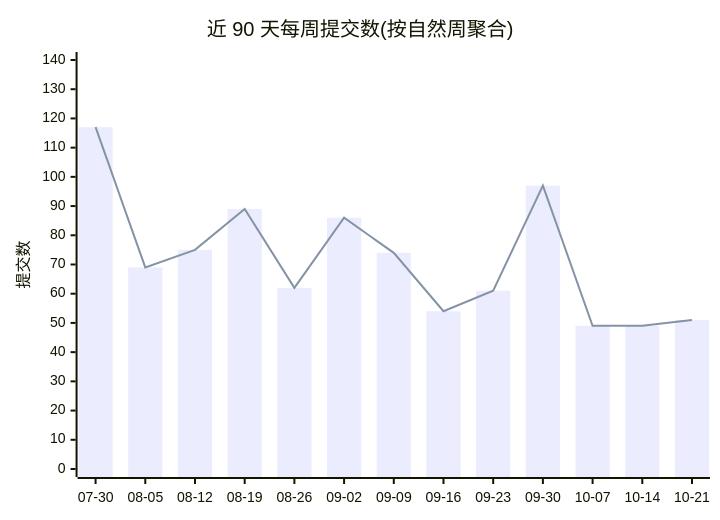
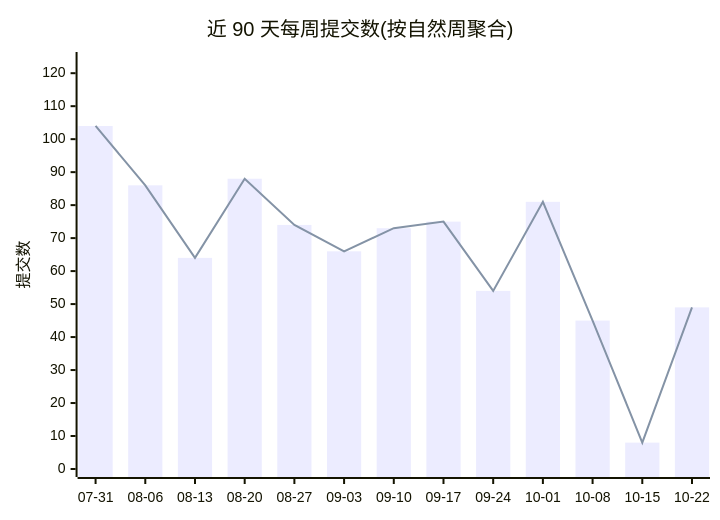
One commit to Conflux-Union/.github changed the first of 2 diagrams in profile/README.md. Above: the diagram before and after it, drawn with Mermaid. The commit also changed other lines of this file and 1 other file, not shown here.

````diff
--- a/profile/README.md
+++ b/profile/README.md
@@ -44,8 +44,8 @@
 ```mermaid
 xychart-beta
     title "近 90 天每周提交数(按自然周聚合)"
-    x-axis ["07-30", "08-05", "08-12", "08-19", "08-26", "09-02", "09-09", "09-16", "09-23", "09-30", "10-07", "10-14", "10-21"]
-    y-axis "提交数" 0 --> 140
-    bar [117, 69, 75, 89, 62, 86, 74, 54, 61, 97, 49, 49, 51]
-    line [117, 69, 75, 89, 62, 86, 74, 54, 61, 97, 49, 49, 51]
+    x-axis ["07-31", "08-06", "08-13", "08-20", "08-27", "09-03", "09-10", "09-17", "09-24", "10-01", "10-08", "10-15", "10-22"]
+    y-axis "提交数" 0 --> 124
+    bar [104, 86, 64, 88, 74, 66, 73, 75, 54, 81, 45, 8, 49]
+    line [104, 86, 64, 88, 74, 66, 73, 75, 54, 81, 45, 8, 49]
 ```
````
